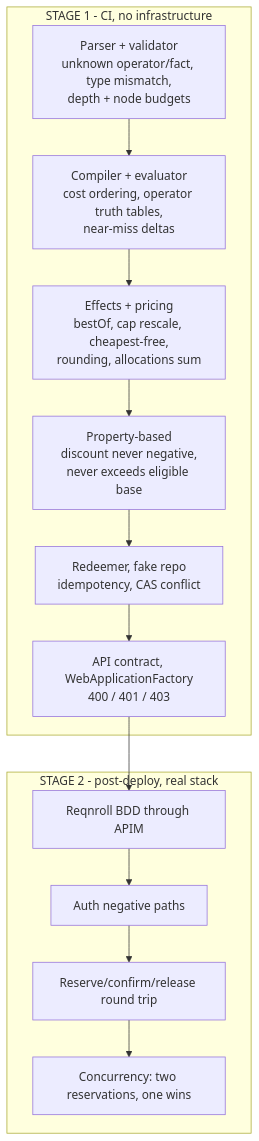
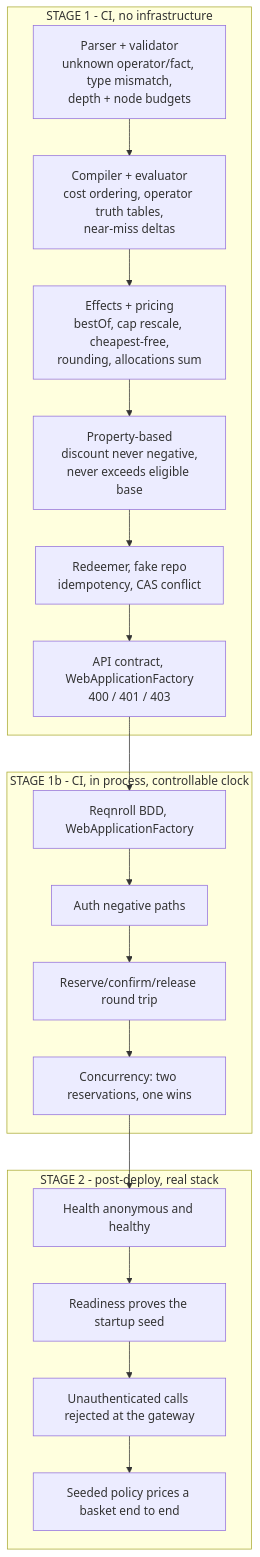
One commit to r4rad/coupon-service changed diagram 22 of 22 in docs/solution-architecture.md. Above: the diagram before and after it, drawn with Mermaid. The commit also changed other lines of this file and 5 other files, not shown here.

````diff
--- a/docs/solution-architecture.md
+++ b/docs/solution-architecture.md
@@ -1031,17 +1031,22 @@
 ```mermaid
 flowchart TB
     subgraph ci ["STAGE 1 - CI, no infrastructure"]
         U0["Parser + validator<br/>unknown operator/fact, type mismatch,<br/>depth + node budgets"]
         U1["Compiler + evaluator<br/>cost ordering, operator truth tables,<br/>near-miss deltas"]
         U2["Effects + pricing<br/>bestOf, cap rescale, cheapest-free,<br/>rounding, allocations sum"]
         U3["Property-based<br/>discount never negative,<br/>never exceeds eligible base"]
         U4["Redeemer, fake repo<br/>idempotency, CAS conflict"]
         U5["API contract, WebApplicationFactory<br/>400 / 401 / 403"]
         U0 --> U1 --> U2 --> U3 --> U4 --> U5
     end
-    subgraph post ["STAGE 2 - post-deploy, real stack"]
-        B1["Reqnroll BDD through APIM"] --> B2["Auth negative paths"]
+    subgraph bdd ["STAGE 1b - CI, in process, controllable clock"]
+        B1["Reqnroll BDD, WebApplicationFactory"] --> B2["Auth negative paths"]
         B2 --> B3["Reserve/confirm/release round trip"] --> B4["Concurrency: two reservations, one wins"]
     end
+    subgraph post ["STAGE 2 - post-deploy, real stack"]
+        P1["Health anonymous and healthy"] --> P2["Readiness proves the startup seed"]
+        P2 --> P3["Unauthenticated calls rejected at the gateway"] --> P4["Seeded policy prices a basket end to end"]
+    end
     U5 --> B1
+    B4 --> P1
 ```
````
